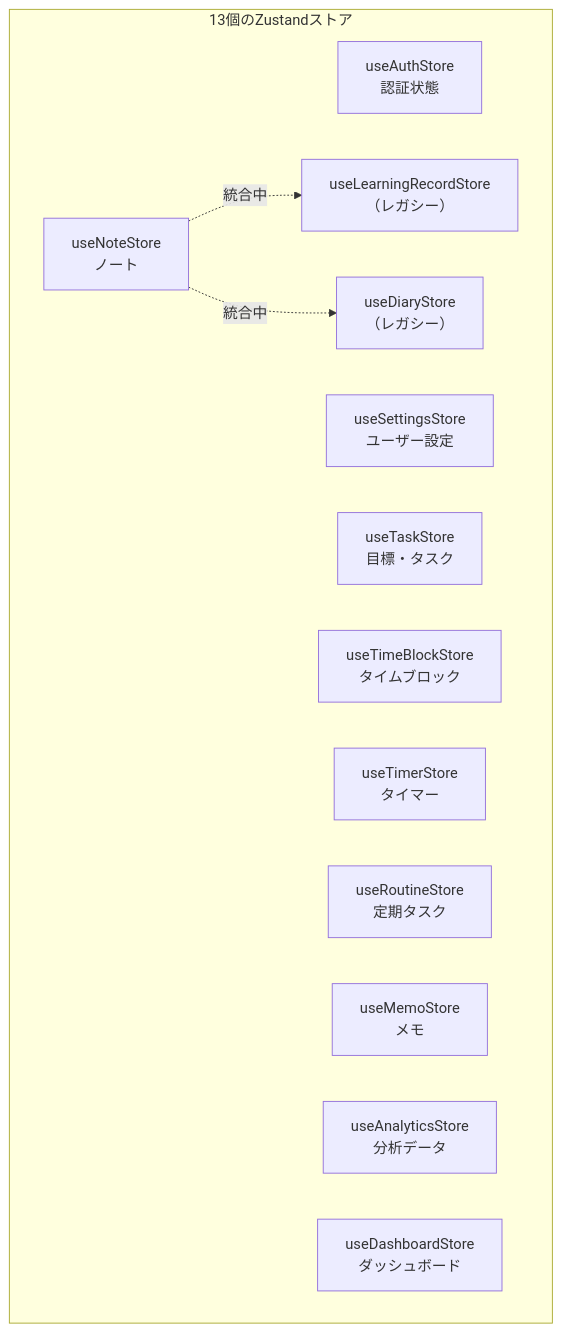
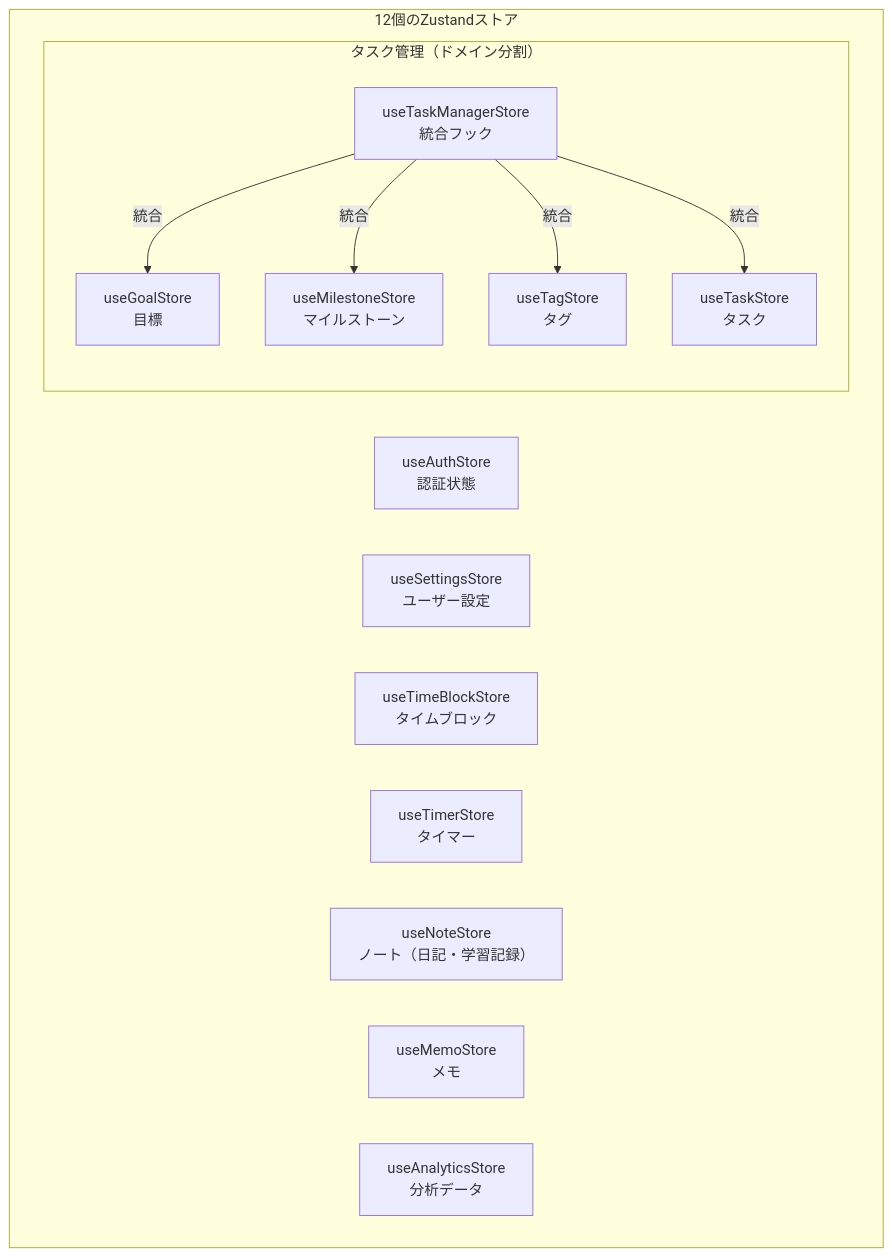
Before and after one commit to yu-min3/kensan: the fourth of 18 diagrams in mydocs/architecture_guide_for_beginners.md, drawn with Mermaid. The commit also changed other lines of this file and 116 other files, not shown here.

````diff
--- a/mydocs/architecture_guide_for_beginners.md
+++ b/mydocs/architecture_guide_for_beginners.md
@@ -240,20 +237,26 @@
 ```mermaid
 graph TB
-    subgraph "13個のZustandストア"
+    subgraph "12個のZustandストア"
         Auth["useAuthStore<br/>認証状態"]
         Settings["useSettingsStore<br/>ユーザー設定"]
-        Task["useTaskStore<br/>目標・タスク"]
+
+        subgraph "タスク管理（ドメイン分割）"
+            Goal["useGoalStore<br/>目標"]
+            Milestone["useMilestoneStore<br/>マイルストーン"]
+            Tag["useTagStore<br/>タグ"]
+            Task["useTaskStore<br/>タスク"]
+            TaskManager["useTaskManagerStore<br/>統合フック"]
+        end
+
         TimeBlock["useTimeBlockStore<br/>タイムブロック"]
         Timer["useTimerStore<br/>タイマー"]
-        Note["useNoteStore<br/>ノート"]
-        Routine["useRoutineStore<br/>定期タスク"]
+        Note["useNoteStore<br/>ノート（日記・学習記録）"]
         Memo["useMemoStore<br/>メモ"]
         Analytics["useAnalyticsStore<br/>分析データ"]
-        Dashboard["useDashboardStore<br/>ダッシュボード"]
-        Legacy1["useLearningRecordStore<br/>（レガシー）"]
-        Legacy2["useDiaryStore<br/>（レガシー）"]
     end
 
-    Note -.->|"統合中"| Legacy1
-    Note -.->|"統合中"| Legacy2
+    TaskManager -->|"統合"| Goal
+    TaskManager -->|"統合"| Milestone
+    TaskManager -->|"統合"| Tag
+    TaskManager -->|"統合"| Task
 ```
````
